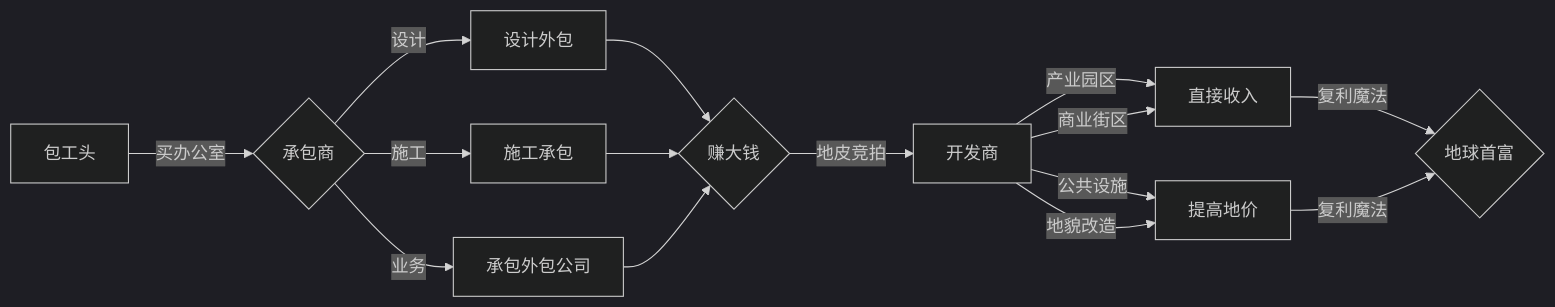
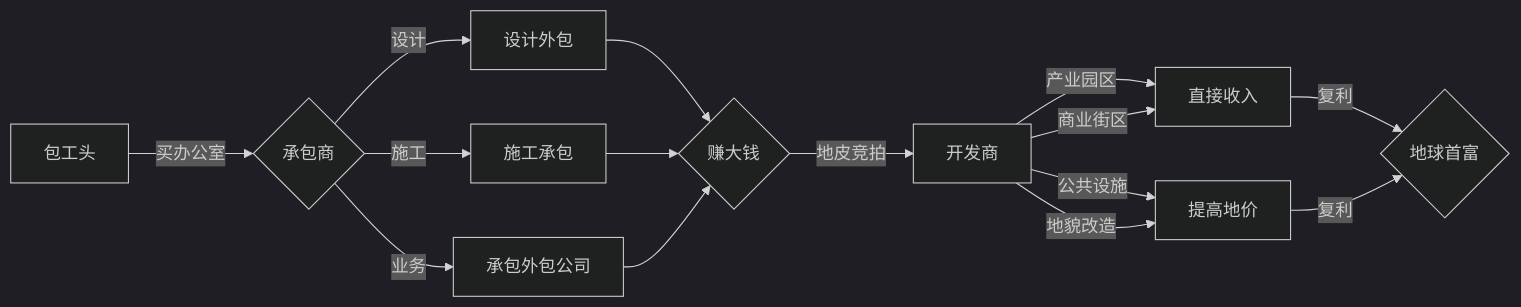
One commit to GoodTimeStudio/earth-developer-documents changed the first of 2 diagrams in docs/new/earth developer.md. Above: the diagram before and after it, drawn with Mermaid (dark theme). The commit also changed other lines of this file and 50 other files, not shown here.

````diff
--- a/docs/new/earth developer.md
+++ b/docs/new/earth developer.md
@@ -30,17 +30,17 @@
 ```mermaid
 graph LR
     A[包工头] -->|买办公室| B{承包商};
     B -->|设计| C[设计外包];
     B -->|施工| D[施工承包];
     B -->|业务| E[承包外包公司];
     C --> F{赚大钱};
     D --> F{赚大钱};
     E --> F{赚大钱};
     F -->|地皮竞拍| G[开发商];
     G -->|产业园区| H[直接收入];
     G -->|商业街区| H[直接收入];
     G -->|公共设施| I[提高地价];
     G -->|地貌改造| I[提高地价];
-    H -->|复利魔法| J{地球首富};
-    I -->|复利魔法| J{地球首富};
+    H -->|复利| J{地球首富};
+    I -->|复利| J{地球首富};
 ```
````
